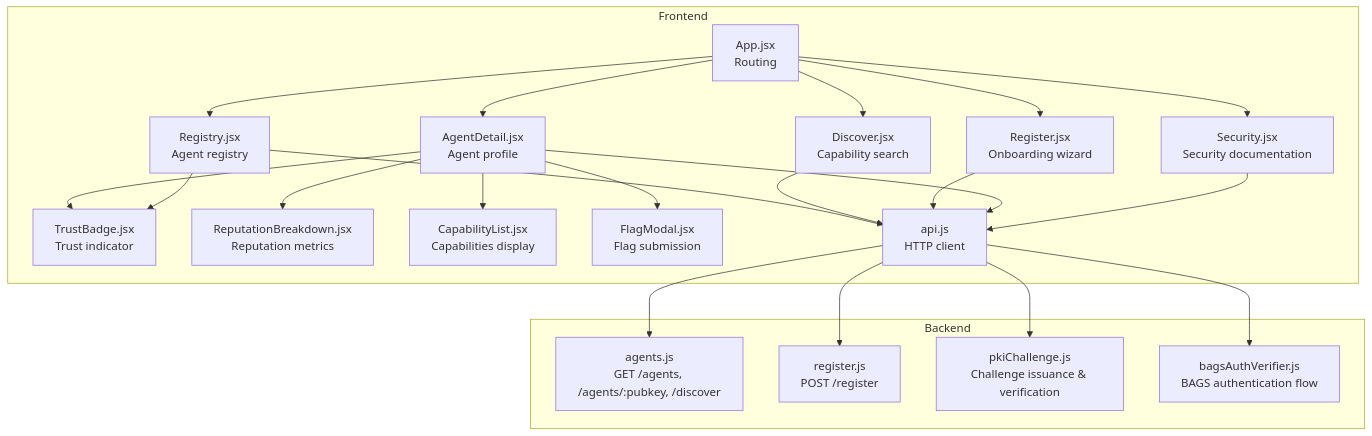
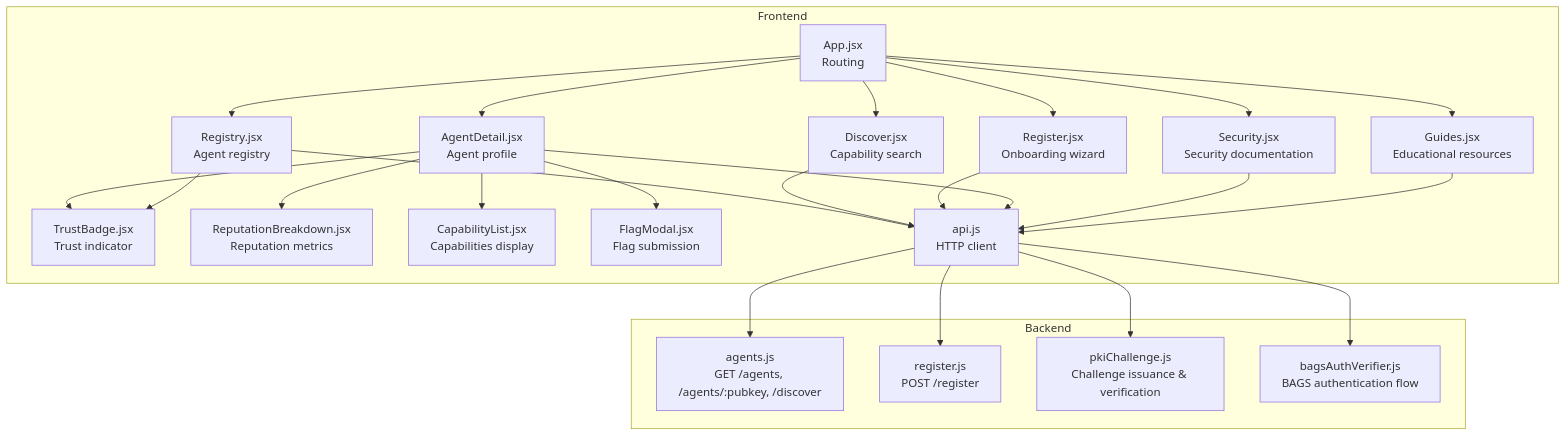
One commit to RunTimeAdmin/AgentID changed the first of 9 diagrams in .qoder/repowiki/en/content/Frontend Application/Page Components/Page Components.md. Above: the diagram before and after it, drawn with Mermaid. The commit also changed other lines of this file and 17 other files, not shown here.

````diff
--- a/.qoder/repowiki/en/content/Frontend Application/Page Components/Page Components.md
+++ b/.qoder/repowiki/en/content/Frontend Application/Page Components/Page Components.md
@@ -54,41 +56,44 @@
 ```mermaid
 graph TB
 subgraph "Frontend"
 App["App.jsx<br/>Routing"]
 Registry["Registry.jsx<br/>Agent registry"]
 Discover["Discover.jsx<br/>Capability search"]
 Register["Register.jsx<br/>Onboarding wizard"]
 AgentDetail["AgentDetail.jsx<br/>Agent profile"]
 Security["Security.jsx<br/>Security documentation"]
+Guides["Guides.jsx<br/>Educational resources"]
 TrustBadge["TrustBadge.jsx<br/>Trust indicator"]
 RepBreakdown["ReputationBreakdown.jsx<br/>Reputation metrics"]
 CapList["CapabilityList.jsx<br/>Capabilities display"]
 FlagModal["FlagModal.jsx<br/>Flag submission"]
 API["api.js<br/>HTTP client"]
 end
 subgraph "Backend"
 AgentsRoute["agents.js<br/>GET /agents, /agents/:pubkey, /discover"]
 RegisterRoute["register.js<br/>POST /register"]
 PKIService["pkiChallenge.js<br/>Challenge issuance & verification"]
 BagsService["bagsAuthVerifier.js<br/>BAGS authentication flow"]
 end
 App --> Registry
 App --> Discover
 App --> Register
 App --> AgentDetail
 App --> Security
+App --> Guides
 Registry --> API
 Discover --> API
 Register --> API
 AgentDetail --> API
 Security --> API
+Guides --> API
 API --> AgentsRoute
 API --> RegisterRoute
 API --> PKIService
 API --> BagsService
 AgentDetail --> TrustBadge
 AgentDetail --> RepBreakdown
 AgentDetail --> CapList
 AgentDetail --> FlagModal
 Registry --> TrustBadge
 ```
````
